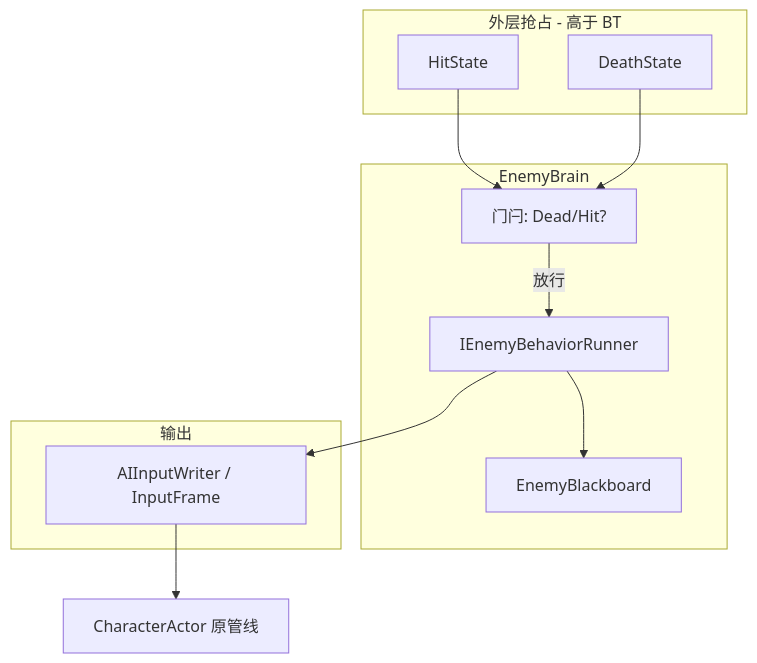
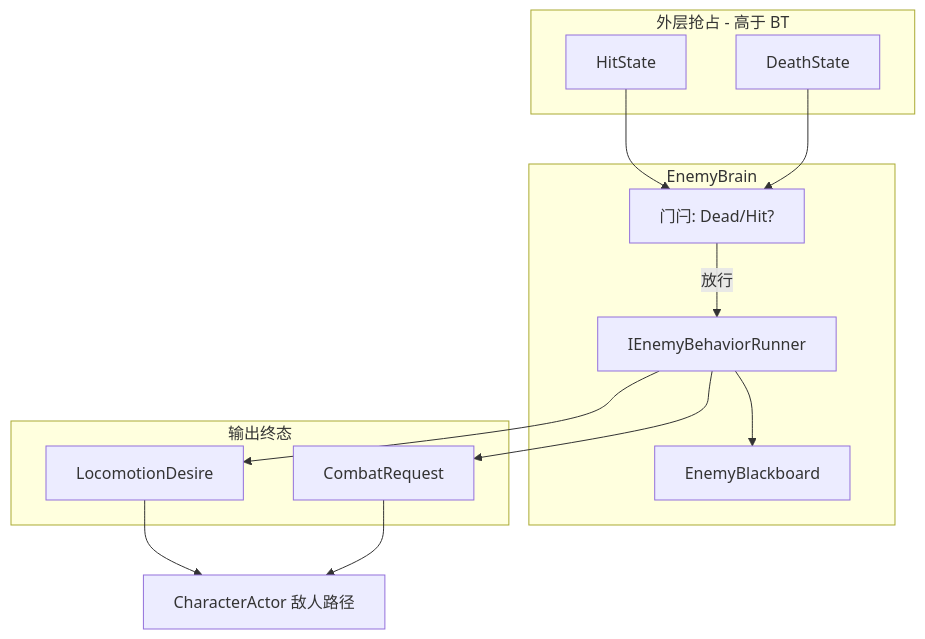
Before and after one commit to diosamacao/DiavoloGame: the diagram in docs/ENEMY_BEHAVIOR_TREE_PLAN.md, drawn with Mermaid. The commit also changed other lines of this file and 34 other files, not shown here.

Commit message:
更新敌人 AI 逻辑，迁移至终态 Desire+Request 输出，优化行为树节点与条件装饰，添加仇恨滞回机制，调整相关文档以反映新功能与结构。

````diff
--- a/docs/ENEMY_BEHAVIOR_TREE_PLAN.md
+++ b/docs/ENEMY_BEHAVIOR_TREE_PLAN.md
@@ -66,21 +80,24 @@
 ```mermaid
 flowchart TB
   subgraph preempt [外层抢占 - 高于 BT]
     Hit[HitState]
     Death[DeathState]
   end
   subgraph brain [EnemyBrain]
     Gate[门闩: Dead/Hit?]
     Runner[IEnemyBehaviorRunner]
     BB[EnemyBlackboard]
   end
-  subgraph out [输出]
-    AI[AIInputWriter / InputFrame]
+  subgraph out [输出终态]
+    Desire[LocomotionDesire]
+    Req[CombatRequest]
   end
   Hit --> Gate
   Death --> Gate
   Gate -->|放行| Runner
   Runner --> BB
-  Runner --> AI
-  AI --> Actor[CharacterActor 原管线]
+  Runner --> Desire
+  Runner --> Req
+  Desire --> Actor[CharacterActor 敌人路径]
+  Req --> Actor
 ```
````
